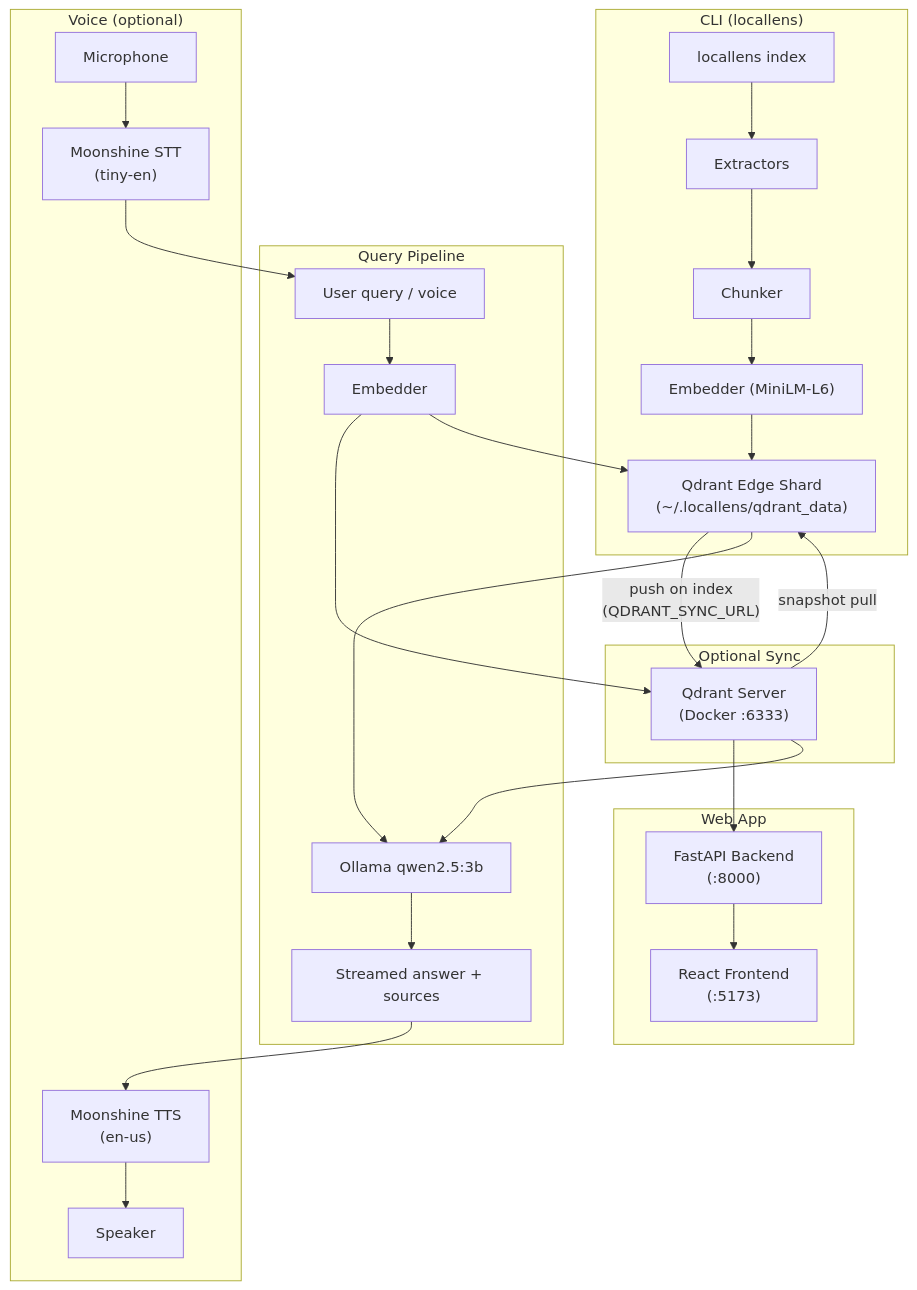
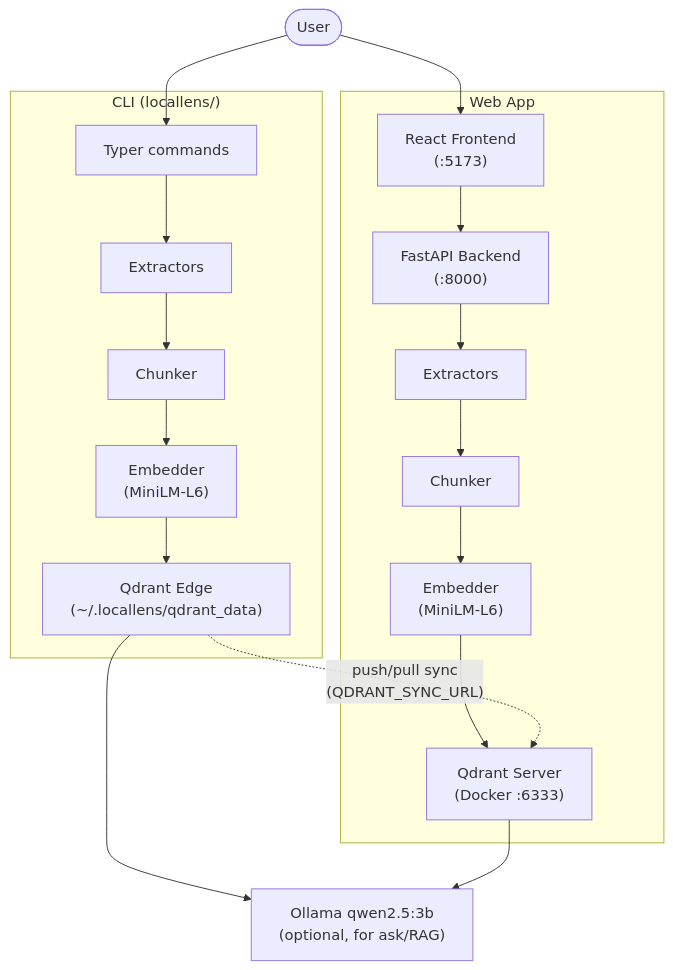
Before and after one commit to mahimairaja/locallens: the diagram in README.md, drawn with Mermaid. The commit also changed other lines of this file and 73 other files, not shown here.

````diff
--- a/README.md
+++ b/README.md
@@ -23,36 +63,27 @@
 ```mermaid
 graph TB
-    subgraph CLI ["CLI (locallens)"]
-        IDX[locallens index] --> EXT[Extractors]
-        EXT --> CHK[Chunker]
-        CHK --> EMB["Embedder (MiniLM-L6)"]
-        EMB --> EDGE["Qdrant Edge Shard<br/>(~/.locallens/qdrant_data)"]
-    end
+    USER([User])
 
-    subgraph SYNC ["Optional Sync"]
-        EDGE -- "push on index<br/>(QDRANT_SYNC_URL)" --> QS
-        QS -- "snapshot pull" --> EDGE
+    subgraph CLI ["CLI (locallens/)"]
+        CLI_CMD[Typer commands]
+        CLI_CMD --> EXT_CLI[Extractors]
+        EXT_CLI --> CHK_CLI[Chunker]
+        CHK_CLI --> EMB_CLI["Embedder<br/>(MiniLM-L6)"]
+        EMB_CLI --> EDGE["Qdrant Edge<br/>(~/.locallens/qdrant_data)"]
     end
 
     subgraph WEB ["Web App"]
-        QS["Qdrant Server<br/>(Docker :6333)"]
-        QS --> API["FastAPI Backend<br/>(:8000)"]
-        API --> UI["React Frontend<br/>(:5173)"]
+        UI["React Frontend<br/>(:5173)"] --> API["FastAPI Backend<br/>(:8000)"]
+        API --> EXT_WEB[Extractors]
+        EXT_WEB --> CHK_WEB[Chunker]
+        CHK_WEB --> EMB_WEB["Embedder<br/>(MiniLM-L6)"]
+        EMB_WEB --> QS["Qdrant Server<br/>(Docker :6333)"]
     end
 
-    subgraph QUERY ["Query Pipeline"]
-        Q[User query / voice] --> EMB2["Embedder"]
-        EMB2 --> QS
-        EMB2 --> EDGE
-        QS --> RAG["Ollama qwen2.5:3b"]
-        EDGE --> RAG
-        RAG --> ANS[Streamed answer + sources]
-    end
+    EDGE -. "push/pull sync<br/>(QDRANT_SYNC_URL)" .-> QS
+    EDGE --> OLLAMA["Ollama qwen2.5:3b<br/>(optional, for ask/RAG)"]
+    QS --> OLLAMA
 
-    subgraph VOICE ["Voice (optional)"]
-        MIC[Microphone] --> STT["Moonshine STT<br/>(tiny-en)"]
-        STT --> Q
-        ANS --> TTS["Moonshine TTS<br/>(en-us)"]
-        TTS --> SPK[Speaker]
-    end
+    USER --> CLI_CMD
+    USER --> UI
 ```
````
